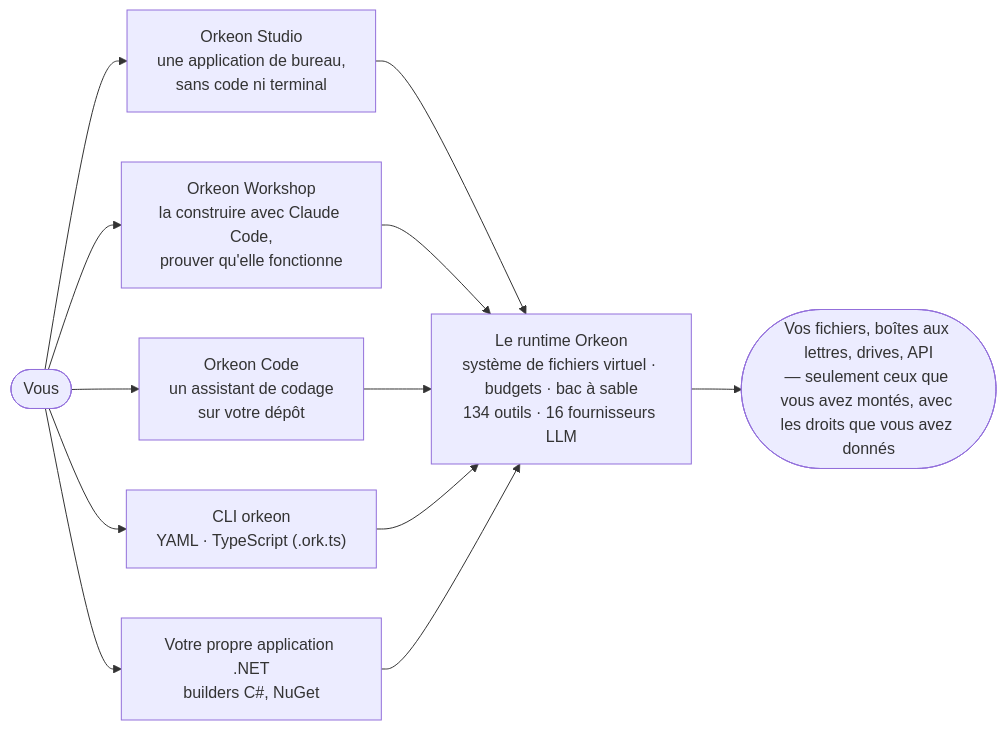
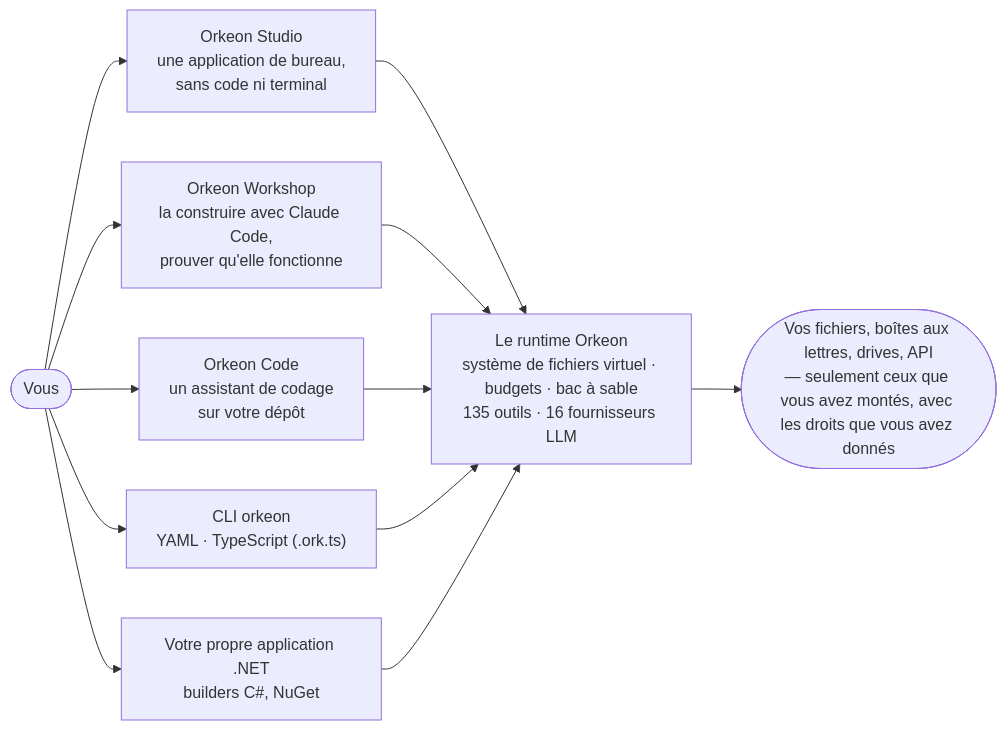
Before and after one commit to Orkeon/orkeon: the diagram in README.fr.md, drawn with Mermaid. The commit also changed other lines of this file and 219 other files, not shown here.

````diff
--- a/README.fr.md
+++ b/README.fr.md
@@ -43,10 +43,10 @@
 ```mermaid
 flowchart LR
     you(["Vous"]) --> workshop["Orkeon Workshop<br/>la construire avec Claude Code,<br/>prouver qu'elle fonctionne"]
     you --> studio["Orkeon Studio<br/>une application de bureau,<br/>sans code ni terminal"]
     you --> code["Orkeon Code<br/>un assistant de codage<br/>sur votre dépôt"]
     you --> cli["CLI orkeon<br/>YAML · TypeScript (.ork.ts)"]
     you --> app["Votre propre application .NET<br/>builders C#, NuGet"]
-    studio & workshop & code & cli & app --> runtime["Le runtime Orkeon<br/>système de fichiers virtuel · budgets · bac à sable<br/>134 outils · 16 fournisseurs LLM"]
+    studio & workshop & code & cli & app --> runtime["Le runtime Orkeon<br/>système de fichiers virtuel · budgets · bac à sable<br/>135 outils · 16 fournisseurs LLM"]
     runtime --> world(["Vos fichiers, boîtes aux lettres, drives, API<br/>— seulement ceux que vous avez montés, avec les droits que vous avez donnés"])
 ```
````
